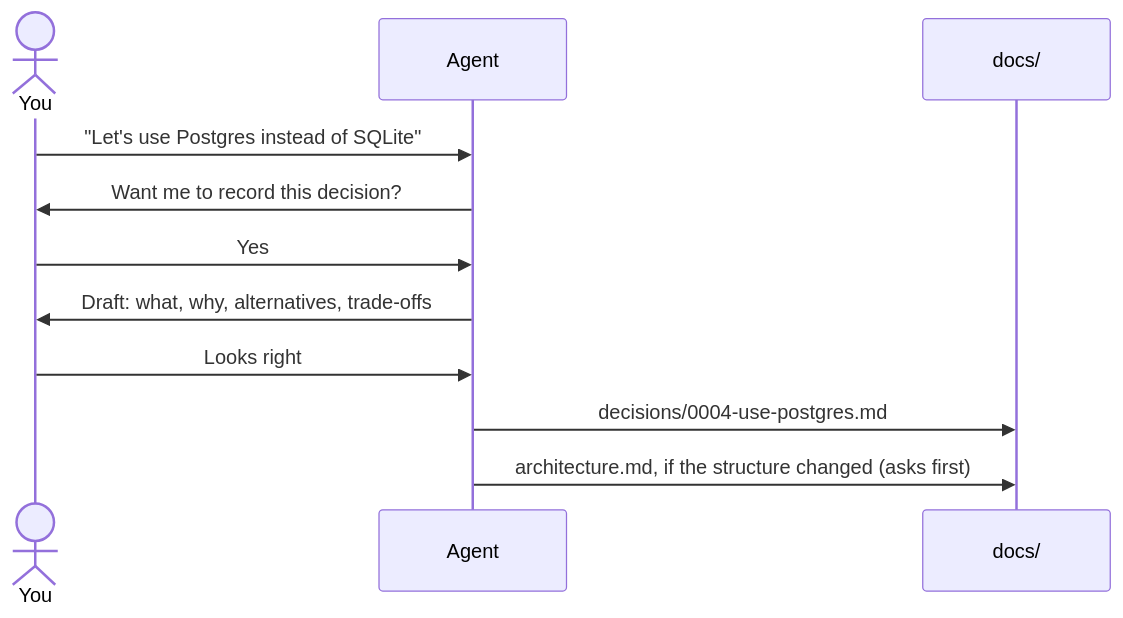
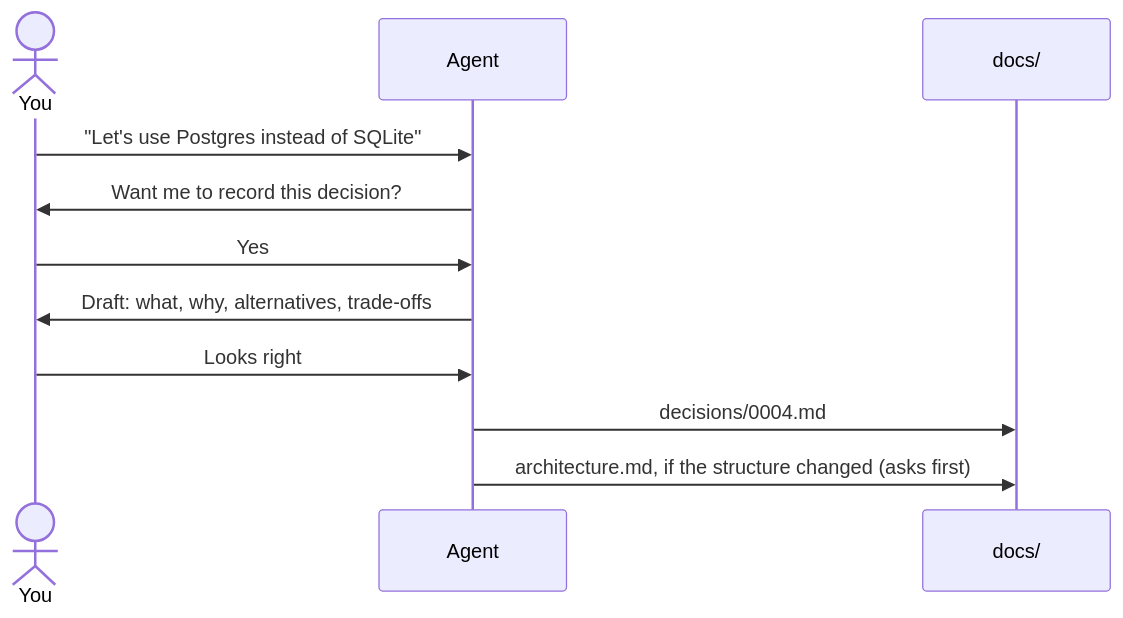
Before and after one commit to Chaitanya299/Orient: the second of 3 diagrams in README.md, drawn with Mermaid. The commit also changed other lines of this file and 27 other files, not shown here.

````diff
--- a/README.md
+++ b/README.md
@@ -46,13 +46,13 @@
 ```mermaid
 sequenceDiagram
   actor You
   participant Agent
   participant Docs as docs/
   You->>Agent: "Let's use Postgres instead of SQLite"
   Agent->>You: Want me to record this decision?
   You->>Agent: Yes
   Agent->>You: Draft: what, why, alternatives, trade-offs
   You->>Agent: Looks right
-  Agent->>Docs: decisions/0004-use-postgres.md
+  Agent->>Docs: decisions/0004.md
   Agent->>Docs: architecture.md, if the structure changed (asks first)
 ```
````
